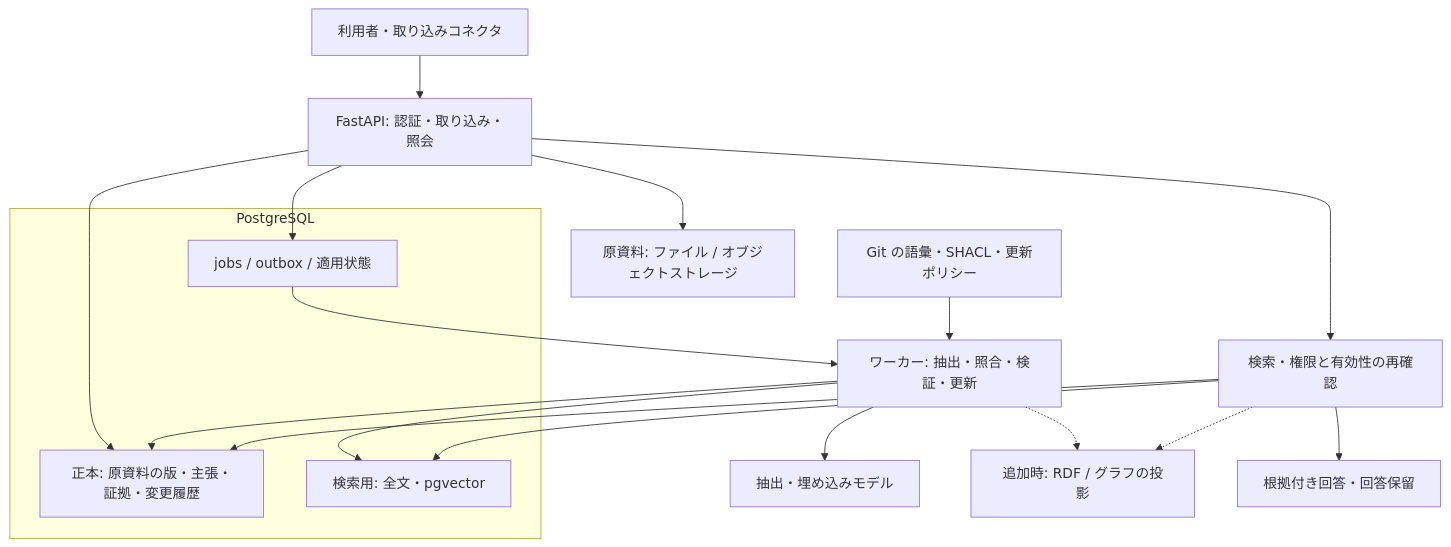
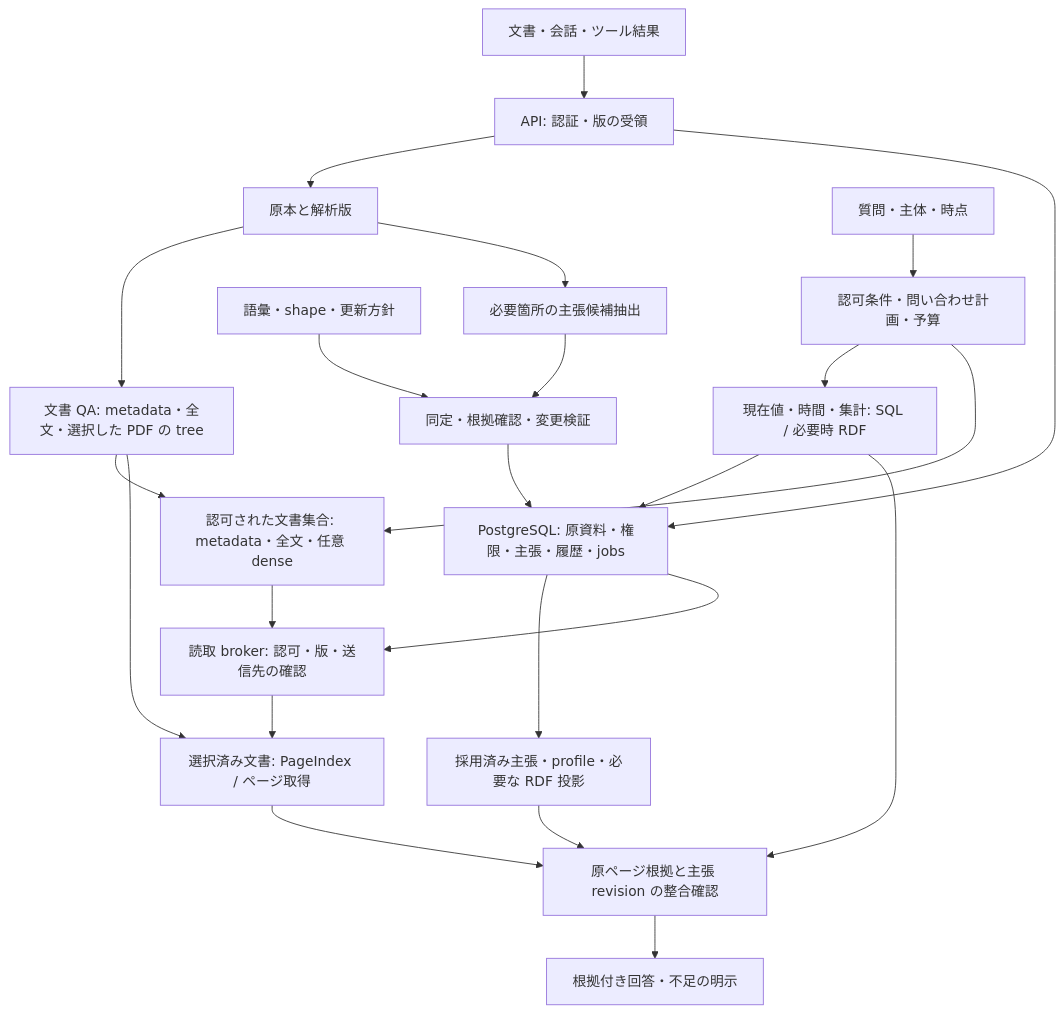
One commit to SuzumiyaAoba/grimoire changed the first of 2 diagrams in docs/design/ontology-knowledge-system.md. Above: the diagram before and after it, drawn with Mermaid. The commit also changed other lines of this file and 5 other files, not shown here.

Commit message:
docs: PageIndex を考慮して知識システム設計を改訂

````diff
--- a/docs/design/ontology-knowledge-system.md
+++ b/docs/design/ontology-knowledge-system.md
@@ -107,23 +120,25 @@
 ```mermaid
 flowchart TB
-  Client["利用者・取り込みコネクタ"] --> API["FastAPI: 認証・取り込み・照会"]
-  API --> Raw["原資料: ファイル / オブジェクトストレージ"]
-  subgraph PG["PostgreSQL"]
-    Canon["正本: 原資料の版・主張・証拠・変更履歴"]
-    Jobs["jobs / outbox / 適用状態"]
-    Index["検索用: 全文・pgvector"]
-  end
-  API --> Canon
-  API --> Jobs
-  Jobs --> Worker["ワーカー: 抽出・照合・検証・更新"]
-  Worker --> LLM["抽出・埋め込みモデル"]
-  Bundle["Git の語彙・SHACL・更新ポリシー"] --> Worker
-  Worker --> Canon
-  Worker --> Index
-  Worker -.-> RDF["追加時: RDF / グラフの投影"]
-  API --> Query["検索・権限と有効性の再確認"]
-  Query --> Index
-  Query --> Canon
-  Query -.-> RDF
-  Query --> Answer["根拠付き回答・回答保留"]
+  Input["文書・会話・ツール結果"] --> API["API: 認証・版の受領"]
+  API --> Raw["原本と解析版"]
+  API --> PG["PostgreSQL: 原資料・権限・主張・履歴・jobs"]
+  Raw --> Doc["文書 QA: metadata・全文・選択した PDF の tree"]
+  Raw --> Extract["必要箇所の主張候補抽出"]
+  Bundle["語彙・shape・更新方針"] --> Validate["同定・根拠確認・変更検証"]
+  Extract --> Validate
+  Validate --> PG
+  PG --> Memory["採用済み主張・profile・必要な RDF 投影"]
+  Q["質問・主体・時点"] --> Router["認可条件・問い合わせ計画・予算"]
+  Router --> Structured["現在値・時間・集計: SQL / 必要時 RDF"]
+  Structured --> PG
+  Router --> Discover["認可された文書集合: metadata・全文・任意 dense"]
+  Doc --> Discover
+  Discover --> Broker["読取 broker: 認可・版・送信先の確認"]
+  PG --> Broker
+  Broker --> Navigate["選択済み文書: PageIndex / ページ取得"]
+  Doc --> Navigate
+  Navigate --> Evidence["原ページ根拠と主張 revision の整合確認"]
+  Structured --> Evidence
+  Memory --> Evidence
+  Evidence --> Answer["根拠付き回答・不足の明示"]
 ```
````
